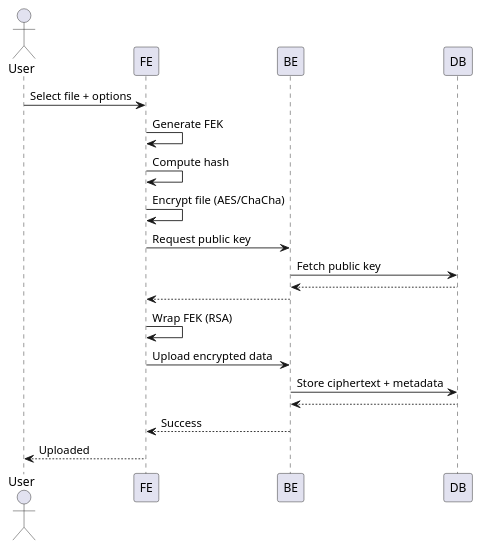
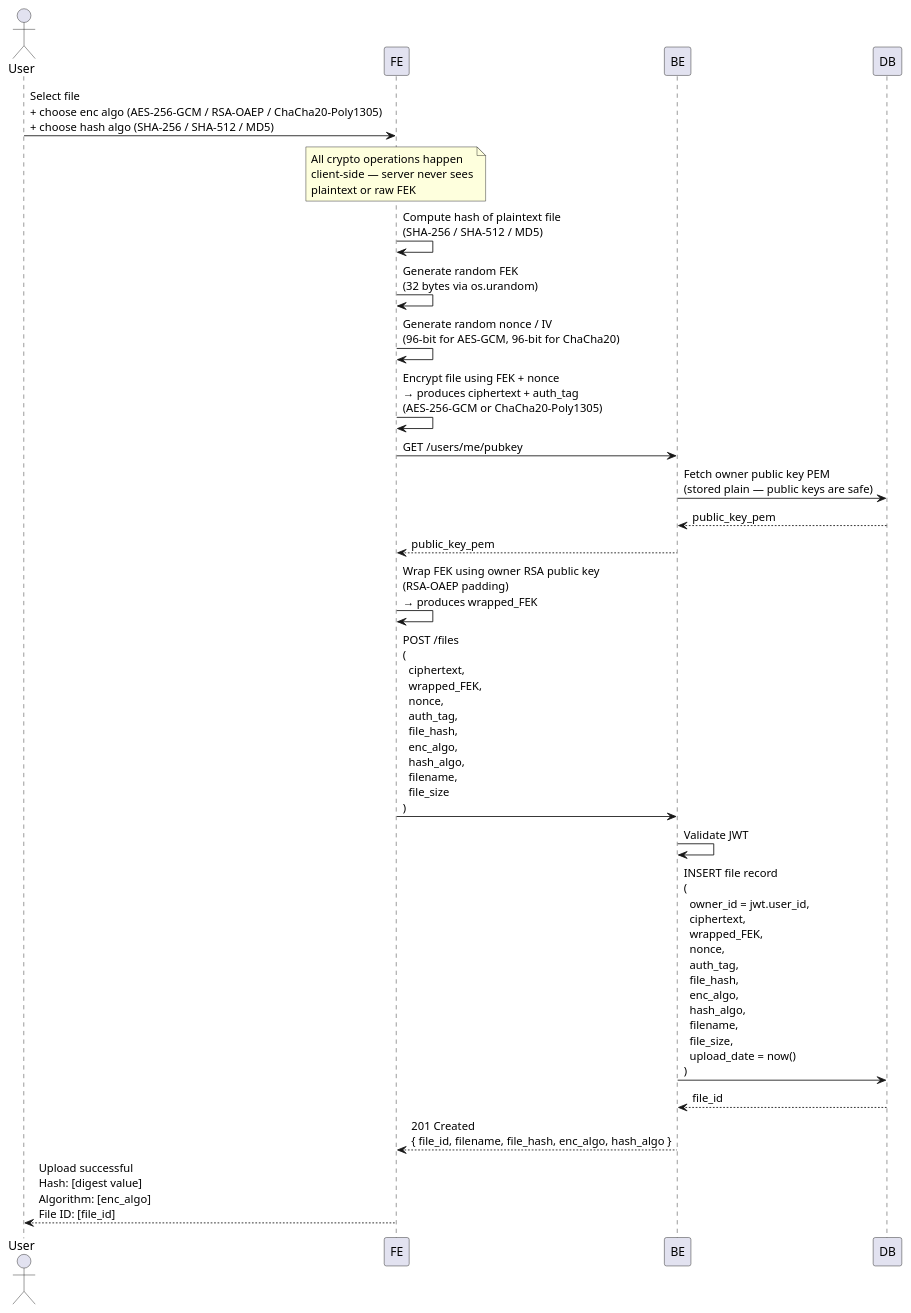
The diagram in docs/plantuml/us-2-encryption.puml (codedsami/SOEN-321-Project), drawn with PlantUML before and after one commit. The commit also changed 9 other files, not shown here.

```diff
--- a/docs/plantuml/us-2-encryption.puml
+++ b/docs/plantuml/us-2-encryption.puml
@@ -1,28 +1,31 @@
 @startuml
 actor User
 participant FE
 participant BE
 participant DB
 
-User -> FE : Select file + options
+User -> FE : Select file\n+ choose enc algo (AES-256-GCM / RSA-OAEP / ChaCha20-Poly1305)\n+ choose hash algo (SHA-256 / SHA-512 / MD5)
 
-FE -> FE : Generate FEK
-FE -> FE : Compute hash
-FE -> FE : Encrypt file (AES/ChaCha)
+note over FE : All crypto operations happen\nclient-side — server never sees\nplaintext or raw FEK
 
-FE -> BE : Request public key
-BE -> DB : Fetch public key
-DB --> BE
-BE --> FE
+FE -> FE : Compute hash of plaintext file\n(SHA-256 / SHA-512 / MD5)
+FE -> FE : Generate random FEK\n(32 bytes via os.urandom)
+FE -> FE : Generate random nonce / IV\n(96-bit for AES-GCM, 96-bit for ChaCha20)
+FE -> FE : Encrypt file using FEK + nonce\n→ produces ciphertext + auth_tag\n(AES-256-GCM or ChaCha20-Poly1305)
 
-FE -> FE : Wrap FEK (RSA)
+FE -> BE : GET /users/me/pubkey
+BE -> DB : Fetch owner public key PEM\n(stored plain — public keys are safe)
+DB --> BE : public_key_pem
+BE --> FE : public_key_pem
 
-FE -> BE : Upload encrypted data
+FE -> FE : Wrap FEK using owner RSA public key\n(RSA-OAEP padding)\n→ produces wrapped_FEK
 
-BE -> DB : Store ciphertext + metadata
-DB --> BE
+FE -> BE : POST /files\n(\n  ciphertext,\n  wrapped_FEK,\n  nonce,\n  auth_tag,\n  file_hash,\n  enc_algo,\n  hash_algo,\n  filename,\n  file_size\n)
 
-BE --> FE : Success
-FE --> User : Uploaded
+BE -> BE : Validate JWT
+BE -> DB : INSERT file record\n(\n  owner_id = jwt.user_id,\n  ciphertext,\n  wrapped_FEK,\n  nonce,\n  auth_tag,\n  file_hash,\n  enc_algo,\n  hash_algo,\n  filename,\n  file_size,\n  upload_date = now()\n)
+DB --> BE : file_id
 
+BE --> FE : 201 Created\n{ file_id, filename, file_hash, enc_algo, hash_algo }
+FE --> User : Upload successful\nHash: [digest value]\nAlgorithm: [enc_algo]\nFile ID: [file_id]
 @enduml
```
